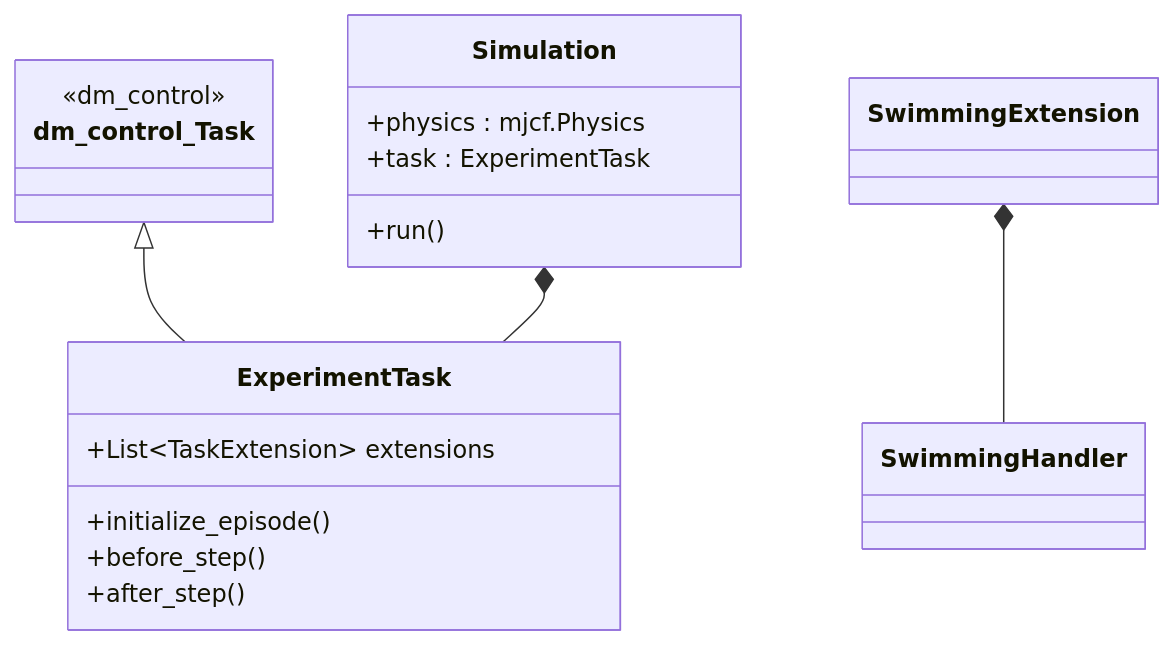
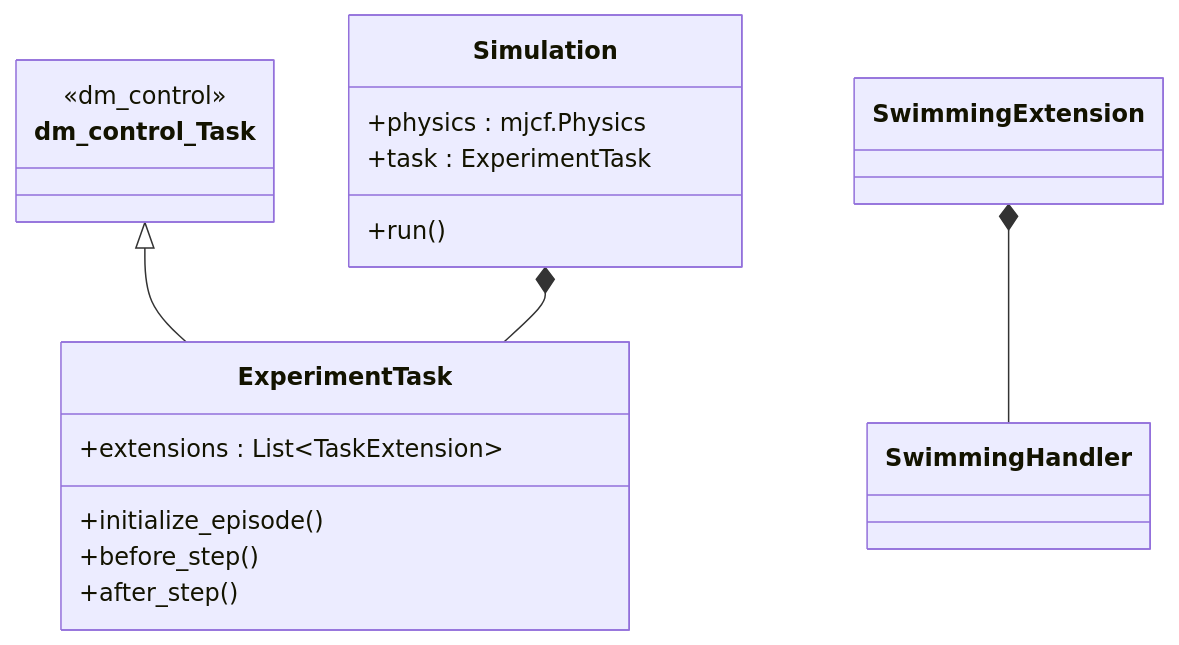
The fourth of 6 diagrams in reference/docs/architecture.md (podalanga/farmsim_docs), drawn with Mermaid before and after one commit. The commit also changed other lines of this file and 21 other files, not shown here.

````diff
--- a/reference/docs/architecture.md
+++ b/reference/docs/architecture.md
@@ -141,25 +112,22 @@
 ```mermaid
 classDiagram
     class dm_control_Task {
         <<dm_control>>
     }
     class ExperimentTask {
-        +List~TaskExtension~ extensions
+        +extensions : List~TaskExtension~
         +initialize_episode()
         +before_step()
         +after_step()
     }
     dm_control_Task <|-- ExperimentTask
-    
     class Simulation {
         +physics : mjcf.Physics
         +task : ExperimentTask
         +run()
     }
     Simulation *-- ExperimentTask
-    
     class SwimmingExtension
     class SwimmingHandler
-    
     SwimmingExtension *-- SwimmingHandler
 ```
````
